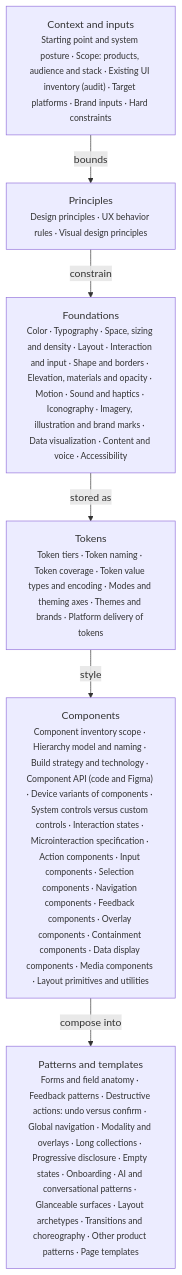
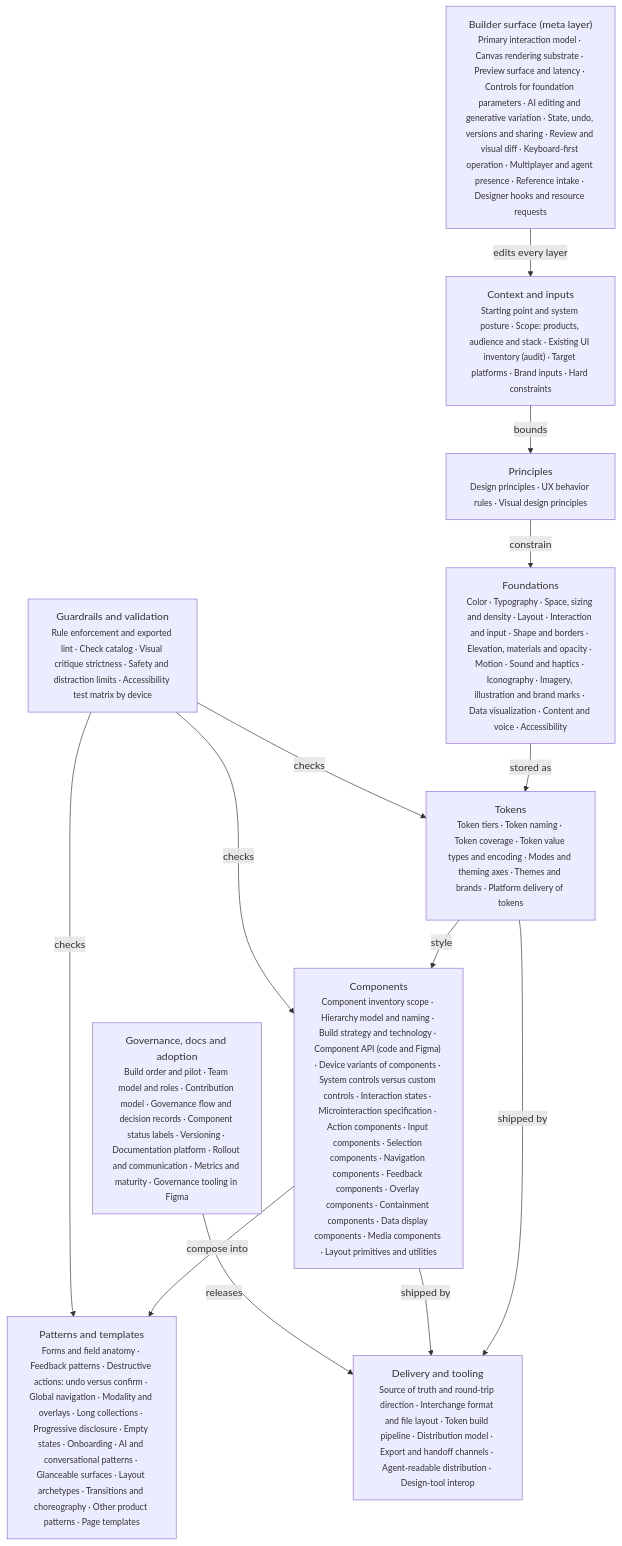
The diagram in synthesis/ONTOLOGY.md (ckryptickunal/OpenDesigner), drawn with Mermaid before and after one commit. The commit also changed other lines of this file and 17 other files, not shown here.

First line of the commit message:
Coordination: cross-tool protocol, od.py, AGENTS.md, decision log; synthesis progress

````diff
--- a/synthesis/ONTOLOGY.md
+++ b/synthesis/ONTOLOGY.md
@@ -9,14 +9,25 @@
 ```mermaid
 flowchart TB
   ctx["Context and inputs<br/><small>Starting point and system posture · Scope: products, audience and stack · Existing UI inventory (audit) · Target platforms · Brand inputs · Hard constraints</small>"]
   prin["Principles<br/><small>Design principles · UX behavior rules · Visual design principles</small>"]
   found["Foundations<br/><small>Color · Typography · Space, sizing and density · Layout · Interaction and input · Shape and borders · Elevation, materials and opacity · Motion · Sound and haptics · Iconography · Imagery, illustration and brand marks · Data visualization · Content and voice · Accessibility</small>"]
   tok["Tokens<br/><small>Token tiers · Token naming · Token coverage · Token value types and encoding · Modes and theming axes · Themes and brands · Platform delivery of tokens</small>"]
   comp["Components<br/><small>Component inventory scope · Hierarchy model and naming · Build strategy and technology · Component API (code and Figma) · Device variants of components · System controls versus custom controls · Interaction states · Microinteraction specification · Action components · Input components · Selection components · Navigation components · Feedback components · Overlay components · Containment components · Data display components · Media components · Layout primitives and utilities</small>"]
   pat["Patterns and templates<br/><small>Forms and field anatomy · Feedback patterns · Destructive actions: undo versus confirm · Global navigation · Modality and overlays · Long collections · Progressive disclosure · Empty states · Onboarding · AI and conversational patterns · Glanceable surfaces · Layout archetypes · Transitions and choreography · Other product patterns · Page templates</small>"]
+  guard["Guardrails and validation<br/><small>Rule enforcement and exported lint · Check catalog · Visual critique strictness · Safety and distraction limits · Accessibility test matrix by device</small>"]
+  deliver["Delivery and tooling<br/><small>Source of truth and round-trip direction · Interchange format and file layout · Token build pipeline · Distribution model · Export and handoff channels · Agent-readable distribution · Design-tool interop</small>"]
+  gov["Governance, docs and adoption<br/><small>Build order and pilot · Team model and roles · Contribution model · Governance flow and decision records · Component status labels · Versioning · Documentation platform · Rollout and communication · Metrics and maturity · Governance tooling in Figma</small>"]
+  builder["Builder surface (meta layer)<br/><small>Primary interaction model · Canvas rendering substrate · Preview surface and latency · Controls for foundation parameters · AI editing and generative variation · State, undo, versions and sharing · Review and visual diff · Keyboard-first operation · Multiplayer and agent presence · Reference intake · Designer hooks and resource requests</small>"]
   ctx -->|bounds| prin
   prin -->|constrain| found
   found -->|stored as| tok
   tok -->|style| comp
   comp -->|compose into| pat
+  guard -->|checks| tok
+  guard -->|checks| comp
+  guard -->|checks| pat
+  tok -->|shipped by| deliver
+  comp -->|shipped by| deliver
+  gov -->|releases| deliver
+  builder -->|edits every layer| ctx
 ```
````
